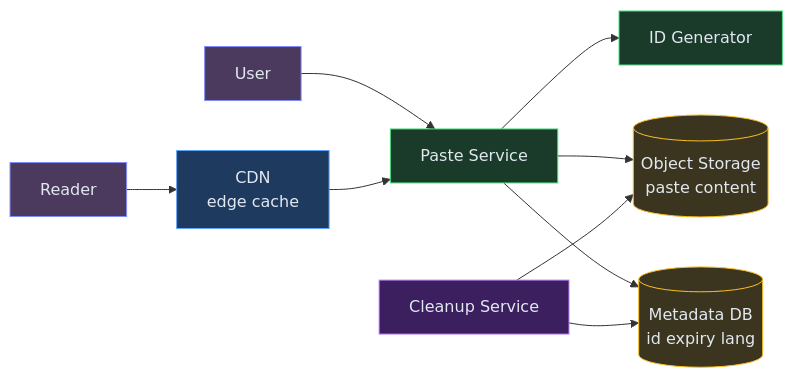
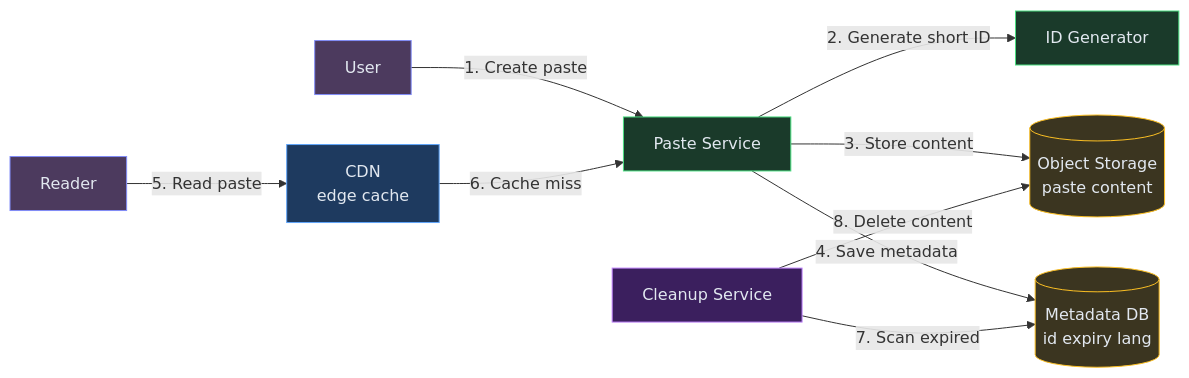
The seventh of 7 diagrams in content/hld/Pastebin.md (iluzn/HLD-Designs), drawn with Mermaid before and after one commit. The commit also changed other lines of this file and 27 other files, not shown here.

````diff
--- a/content/hld/Pastebin.md
+++ b/content/hld/Pastebin.md
@@ -398,26 +398,26 @@
 ```mermaid
 flowchart LR
     USER["User"]:::client
     CDN["CDN<br/>edge cache"]:::edge
     API["Paste Service"]:::service
     ID["ID Generator"]:::service
     S3[("Object Storage<br/>paste content")]:::data
     META[("Metadata DB<br/>id expiry lang")]:::data
     CLEANUP["Cleanup Service"]:::async
     READER["Reader"]:::client
 
-    USER --> API
-    API --> ID
-    API --> S3
-    API --> META
-    READER --> CDN
-    CDN --> API
-    CLEANUP --> META
-    CLEANUP --> S3
+    USER -->|"1. Create paste"| API
+    API -->|"2. Generate short ID"| ID
+    API -->|"3. Store content"| S3
+    API -->|"4. Save metadata"| META
+    READER -->|"5. Read paste"| CDN
+    CDN -->|"6. Cache miss"| API
+    CLEANUP -->|"7. Scan expired"| META
+    CLEANUP -->|"8. Delete content"| S3
 
     classDef client fill:#4c3a5e,stroke:#818cf8,color:#e2e8f0
     classDef edge fill:#1e3a5f,stroke:#60a5fa,color:#e2e8f0
     classDef service fill:#1a3a2a,stroke:#4ade80,color:#e2e8f0
     classDef async fill:#3b1f5e,stroke:#c084fc,color:#e2e8f0
     classDef data fill:#3b3520,stroke:#fbbf24,color:#e2e8f0
 ```
````
